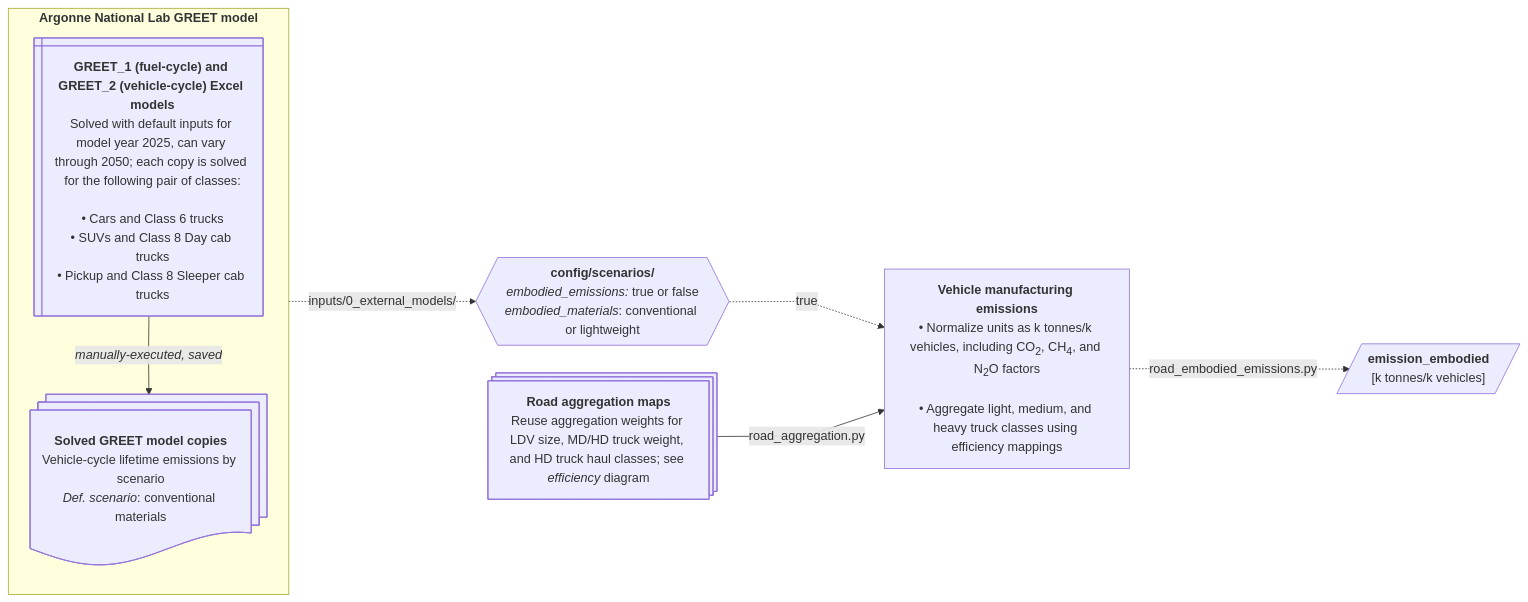
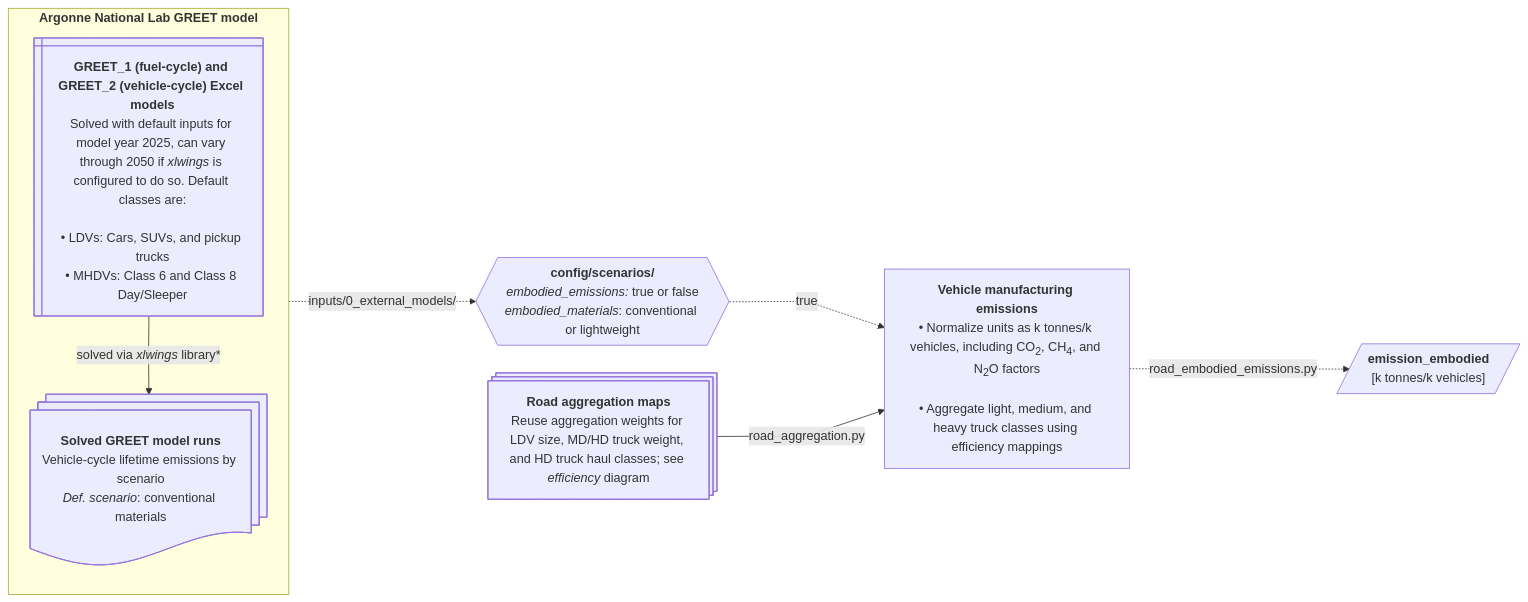
Diagram 11 of 14 in README.md (CANOE-main/canoe-transportation), drawn with Mermaid before and after one commit. The commit also changed other lines of this file and 71 other files, not shown here.

Commit message:
- Defined parameters including publication settings, style, original counts, modes, fuels, and vehicle categories. - Specified paths for the diagram source and database. - Included detailed indexing and fields for technology and fuel parameters.

````diff
--- a/README.md
+++ b/README.md
@@ -1015,45 +1110,44 @@
 ```mermaid
 ---
 config:
   layout: dagre
   flowchart:
     nodeSpacing: 35
     rankSpacing: 50
     wrappingWidth: 250
     curve: linear
 ---
 flowchart LR
-  %% ############ Sources ###########
+  %% ########### Sources ###########
   subgraph greet["`**Argonne National Lab GREET model**`"]
     s1@{shape: win-pane, label: "**GREET_1 (fuel-cycle) and GREET_2 (vehicle-cycle) Excel models**
-      Solved with default inputs for model year 2025, can vary through 2050; each copy is solved for the following pair of classes:<br>
-      • Cars and Class 6 trucks
-      • SUVs and Class 8 Day cab trucks
-      • Pickup and Class 8 Sleeper cab trucks"}
-    s3@{shape: docs, label: "**Solved GREET model copies**
+      Solved with default inputs for model year 2025, can vary through 2050 if *xlwings* is configured to do so. Default classes are:<br>
+      • LDVs: Cars, SUVs, and pickup trucks
+      • MHDVs: Class 6 and Class 8 Day/Sleeper"}
+    s3@{shape: docs, label: "**Solved GREET model runs**
       Vehicle-cycle lifetime emissions by scenario
       *Def. scenario*: conventional materials"}
-    s1 -- "`*manually-executed, saved*`" --> s3
+    s1 -- "`solved via *xlwings* library*`" --> s3
   end
 
   s2@{shape: processes, label: "**Road aggregation maps**
     Reuse aggregation weights for LDV size, MD/HD truck weight, and HD truck haul classes; see *efficiency* diagram"}
 
-  %% ############ Processes ###########
+  %% ########### Processes ###########
   p1@{shape: hex, label: "**config/scenarios/**
     *embodied_emissions:* true or false
     *embodied_materials*: conventional or lightweight"}
   greet -. inputs/0_external_models/ .-> p1
 
   p2["`**Vehicle manufacturing emissions**
     • Normalize units as k tonnes/k vehicles, including CO<sub>2</sub>, CH<sub>4</sub>, and N<sub>2</sub>O factors<br>
     • Aggregate light, medium, and heavy truck classes using efficiency mappings`"]
   p1 -. true .-> p2
   s2 -- road_aggregation.py --> p2
 
   p2 -. "road_embodied_emissions.py" .-> o1[/"`**emission_embodied**
     [k tonnes/k vehicles]`"/]
 
   %% --- Hyperlinks ---
   click s1 "https://greet.anl.gov/"
 ```
````
